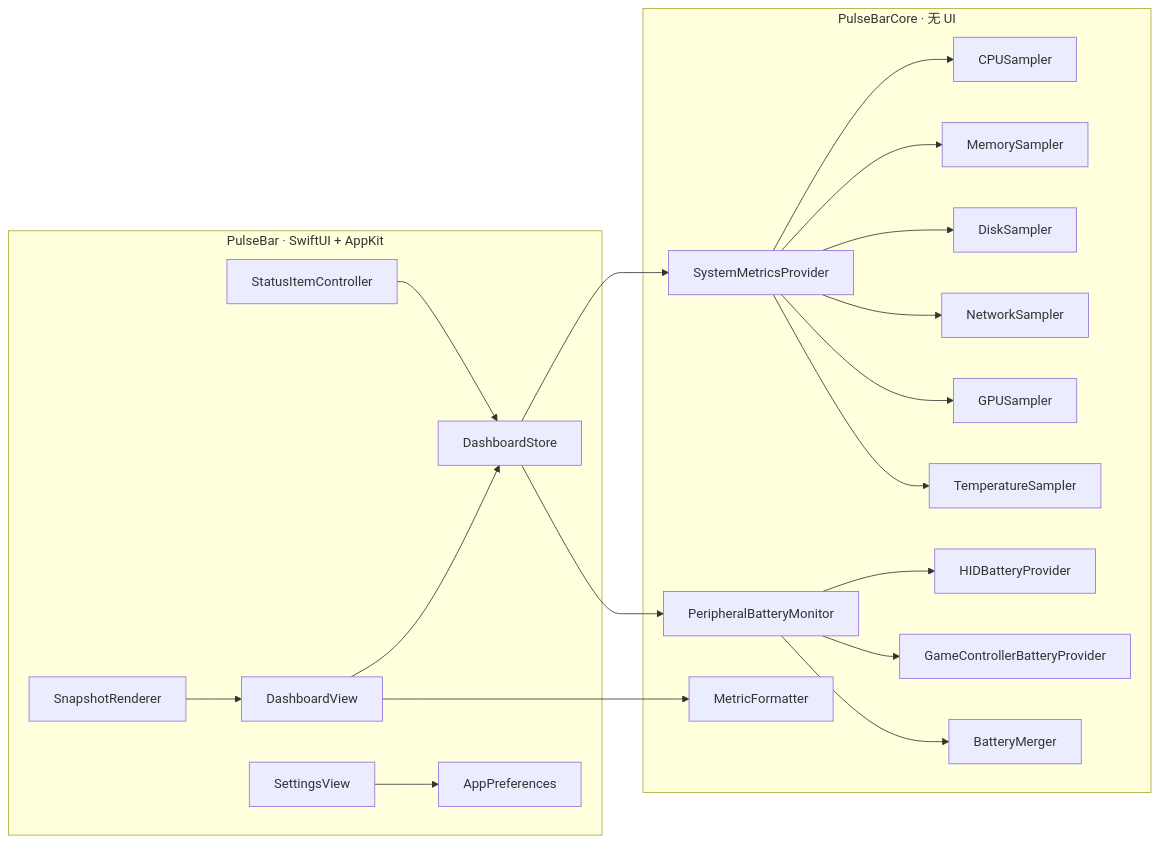
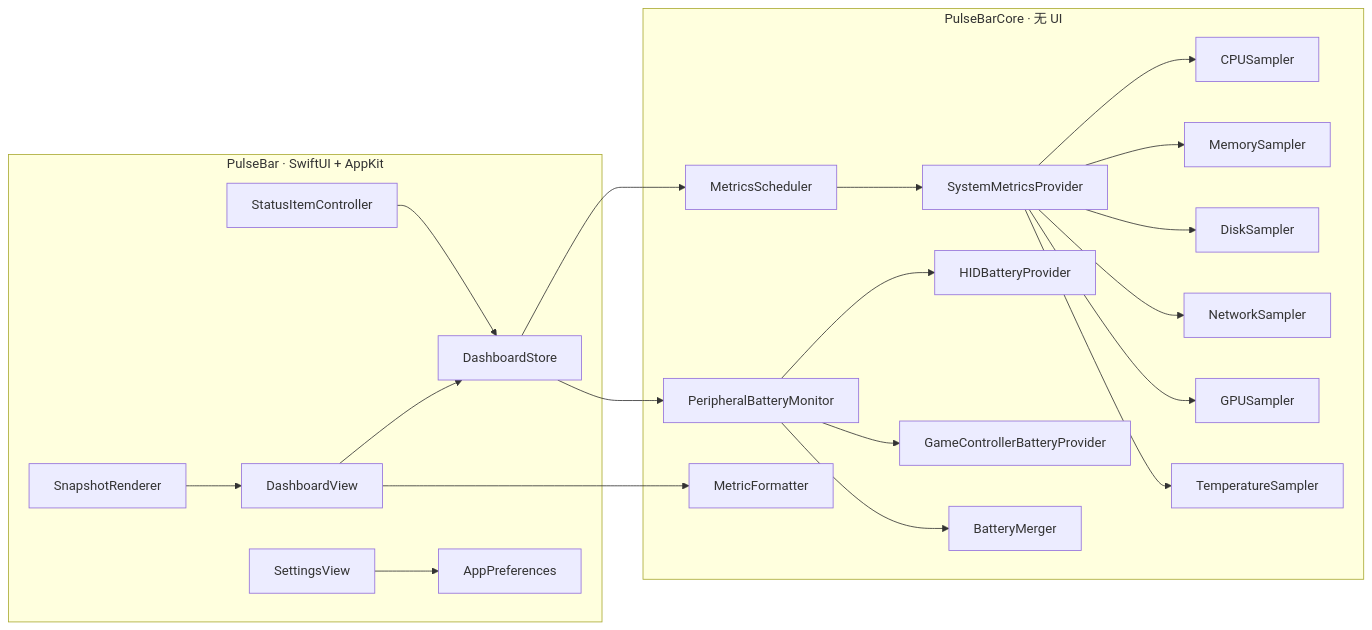
The first of 3 diagrams in docs/architecture.md (devin-landon/pulsebar), drawn with Mermaid before and after one commit. The commit also changed other lines of this file and 12 other files, not shown here.

````diff
--- a/docs/architecture.md
+++ b/docs/architecture.md
@@ -18,36 +18,38 @@
 ```mermaid
 flowchart LR
     subgraph App[PulseBar · SwiftUI + AppKit]
         SI[StatusItemController]
         DV[DashboardView]
         SV[SettingsView]
         DS[DashboardStore]
         AP[AppPreferences]
         SR[SnapshotRenderer]
     end
 
     subgraph Core[PulseBarCore · 无 UI]
+        MS[MetricsScheduler]
         MP[SystemMetricsProvider]
         CPU[CPUSampler]
         MEM[MemorySampler]
         DISK[DiskSampler]
         NET[NetworkSampler]
         GPU[GPUSampler]
         TMP[TemperatureSampler]
         BM[PeripheralBatteryMonitor]
         HID[HIDBatteryProvider]
         GC[GameControllerBatteryProvider]
         MG[BatteryMerger]
         FMT[MetricFormatter]
     end
 
     SI --> DS
     DV --> DS
     SV --> AP
-    DS --> MP
+    DS --> MS
+    MS --> MP
     DS --> BM
     MP --> CPU & MEM & DISK & NET & GPU & TMP
     BM --> HID & GC & MG
     DV --> FMT
     SR --> DV
 ```
````
